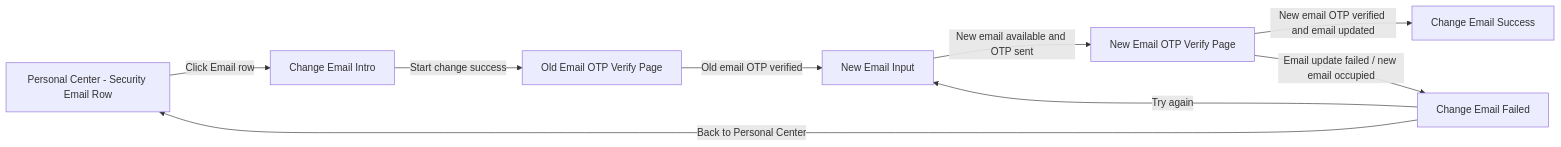
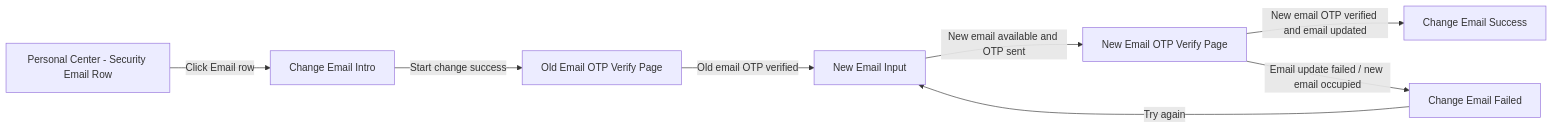
One commit to kelvin381539960-cyber/prd-for-ai changed the third of 3 diagrams in requirements/2026-05/account/change-email.md. Above: the diagram before and after it, drawn with Mermaid. The commit also changed other lines of this file and 1 other file, not shown here.

````diff
--- a/requirements/2026-05/account/change-email.md
+++ b/requirements/2026-05/account/change-email.md
@@ -209,19 +210,18 @@
 ```mermaid
 flowchart LR
   A[Personal Center - Security Email Row]
   B[Change Email Intro]
   C[Old Email OTP Verify Page]
   D[New Email Input]
   E[New Email OTP Verify Page]
   F[Change Email Success]
   G[Change Email Failed]
 
   A -->|Click Email row| B
   B -->|Start change success| C
   C -->|Old email OTP verified| D
   D -->|New email available and OTP sent| E
   E -->|New email OTP verified and email updated| F
   E -->|Email update failed / new email occupied| G
   G -->|Try again| D
-  G -->|Back to Personal Center| A
 ```
````
